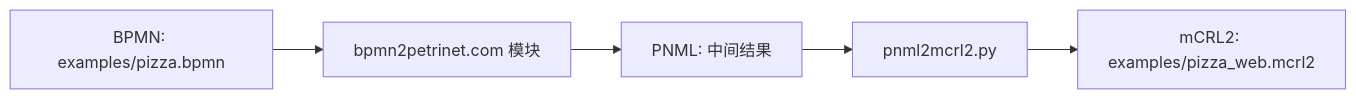
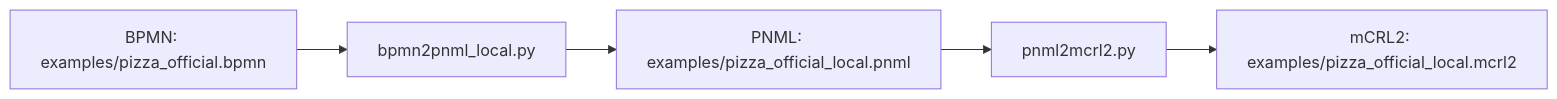
The diagram in README.md (lcxyalcx/bpmn2pertri2mcrl2), drawn with Mermaid before and after one commit. The commit also changed other lines of this file and 40 other files, not shown here.

````diff
--- a/README.md
+++ b/README.md
@@ -51,7 +69,7 @@
 ```mermaid
 flowchart LR
-    A[BPMN: examples/pizza.bpmn] --> B[bpmn2petrinet.com 模块]
-    B --> C[PNML: 中间结果]
+    A[BPMN: examples/pizza_official.bpmn] --> B[bpmn2pnml_local.py]
+    B --> C[PNML: examples/pizza_official_local.pnml]
     C --> D[pnml2mcrl2.py]
-    D --> E[mCRL2: examples/pizza_web.mcrl2]
+    D --> E[mCRL2: examples/pizza_official_local.mcrl2]
 ```
````
